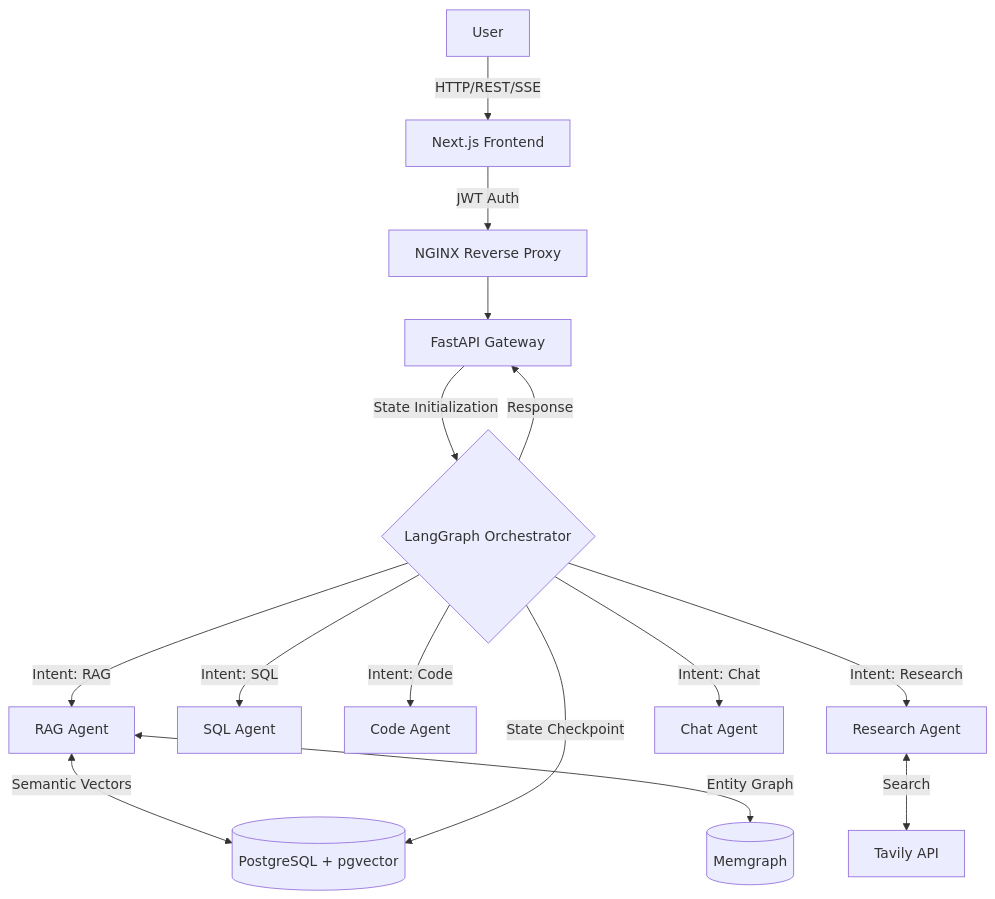
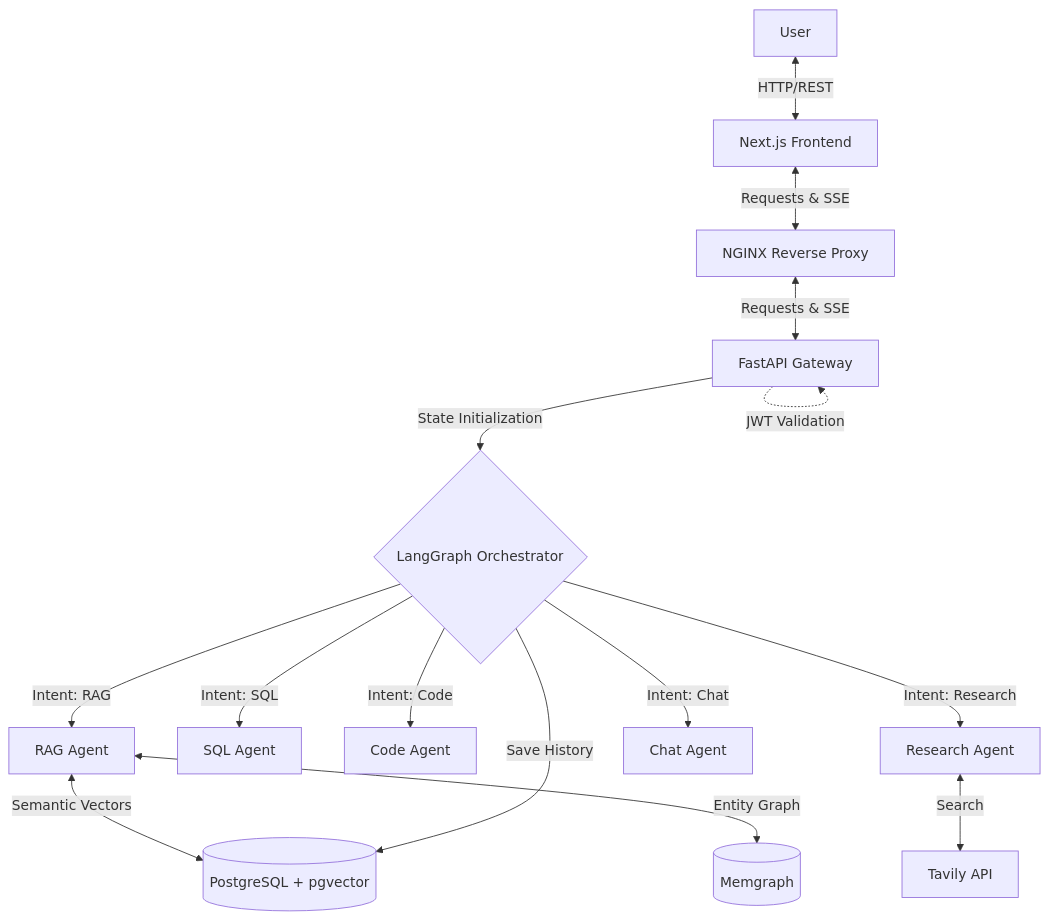
One commit to Harsh-Sharma29/AgenticFlow changed the diagram in README.md. Above: the diagram before and after it, drawn with Mermaid. The commit also changed other lines of this file, not shown here.

Commit message:
docs: completely rewrite README for recruiter readiness and architecture accuracy

````diff
--- a/README.md
+++ b/README.md
@@ -32,22 +32,22 @@
 ```mermaid
 graph TD
-    User -->|HTTP/REST/SSE| UI[Next.js Frontend]
-    UI -->|JWT Auth| NGINX[NGINX Reverse Proxy]
-    NGINX --> API[FastAPI Gateway]
+    User <-->|HTTP/REST| UI[Next.js Frontend]
+    UI <-->|Requests & SSE| NGINX[NGINX Reverse Proxy]
+    NGINX <-->|Requests & SSE| API[FastAPI Gateway]
+    API -.->|JWT Validation| API
     
     API -->|State Initialization| Router{LangGraph Orchestrator}
     
     Router -->|Intent: RAG| RAG[RAG Agent]
     Router -->|Intent: SQL| SQL[SQL Agent]
     Router -->|Intent: Code| Code[Code Agent]
     Router -->|Intent: Research| Web[Research Agent]
     Router -->|Intent: Chat| Chat[Chat Agent]
     
     RAG <-->|Semantic Vectors| PG[(PostgreSQL + pgvector)]
     RAG <-->|Entity Graph| MG[(Memgraph)]
     
     Web <-->|Search| Tavily[Tavily API]
     
-    Router -->|State Checkpoint| PG
-    Router -->|Response| API
+    Router -->|Save History| PG
 ```
````
